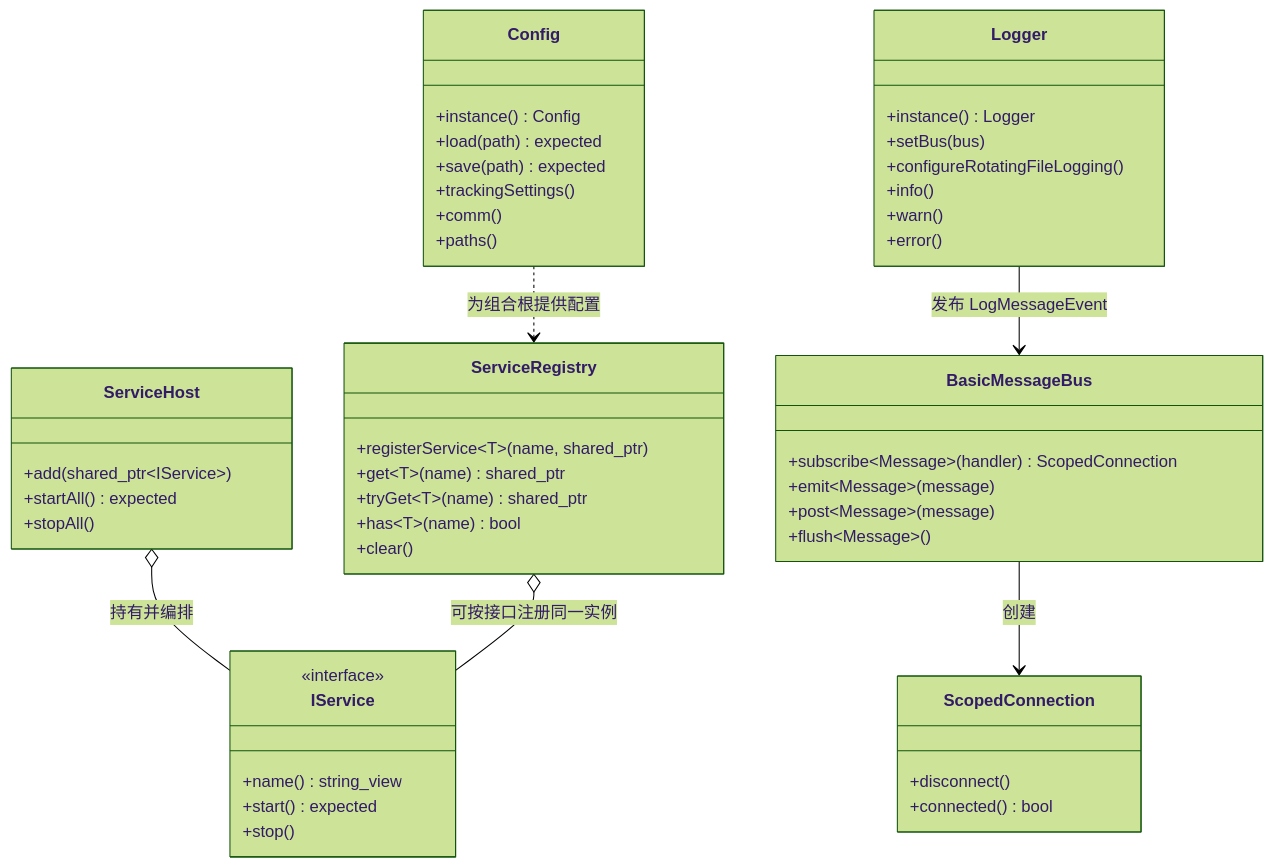
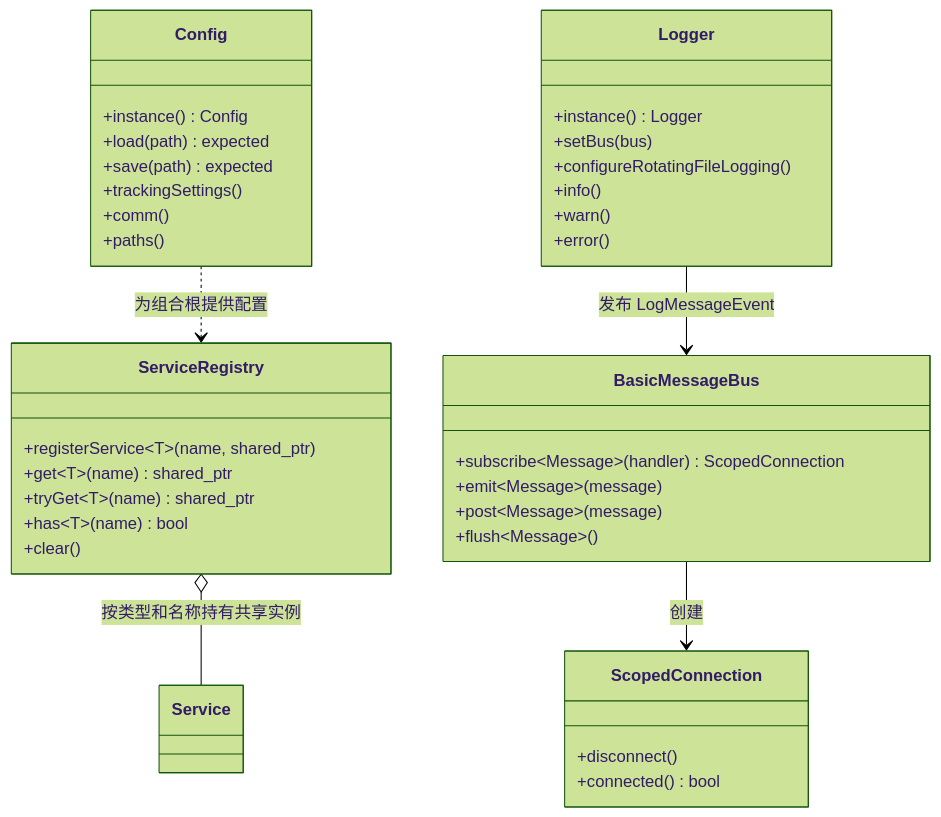
The second of 5 diagrams in docs/module-core.md (with-fair-wind/1mZGG), drawn with Mermaid (forest theme) before and after one commit. The commit also changed other lines of this file and 61 other files, not shown here.

````diff
--- a/docs/module-core.md
+++ b/docs/module-core.md
@@ -194,53 +185,41 @@
 ```mermaid
 classDiagram
     class BasicMessageBus {
         +subscribe~Message~(handler) ScopedConnection
         +emit~Message~(message)
         +post~Message~(message)
         +flush~Message~()
     }
     class ScopedConnection {
         +disconnect()
         +connected() bool
     }
     class ServiceRegistry {
         +registerService~T~(name, shared_ptr)
         +get~T~(name) shared_ptr
         +tryGet~T~(name) shared_ptr
         +has~T~(name) bool
         +clear()
     }
-    class IService {
-        <<interface>>
-        +name() string_view
-        +start() expected
-        +stop()
-    }
-    class ServiceHost {
-        +add(shared_ptr~IService~)
-        +startAll() expected
-        +stopAll()
-    }
     class Config {
         +instance() Config
         +load(path) expected
         +save(path) expected
         +trackingSettings()
         +comm()
         +paths()
     }
     class Logger {
         +instance() Logger
         +setBus(bus)
         +configureRotatingFileLogging()
         +info()
         +warn()
         +error()
     }
 
     BasicMessageBus --> ScopedConnection : 创建
-    ServiceHost o-- IService : 持有并编排
-    ServiceRegistry o-- IService : 可按接口注册同一实例
+    ServiceRegistry o-- Service : 按类型和名称持有共享实例
     Logger --> BasicMessageBus : 发布 LogMessageEvent
     Config ..> ServiceRegistry : 为组合根提供配置
 ```
````
